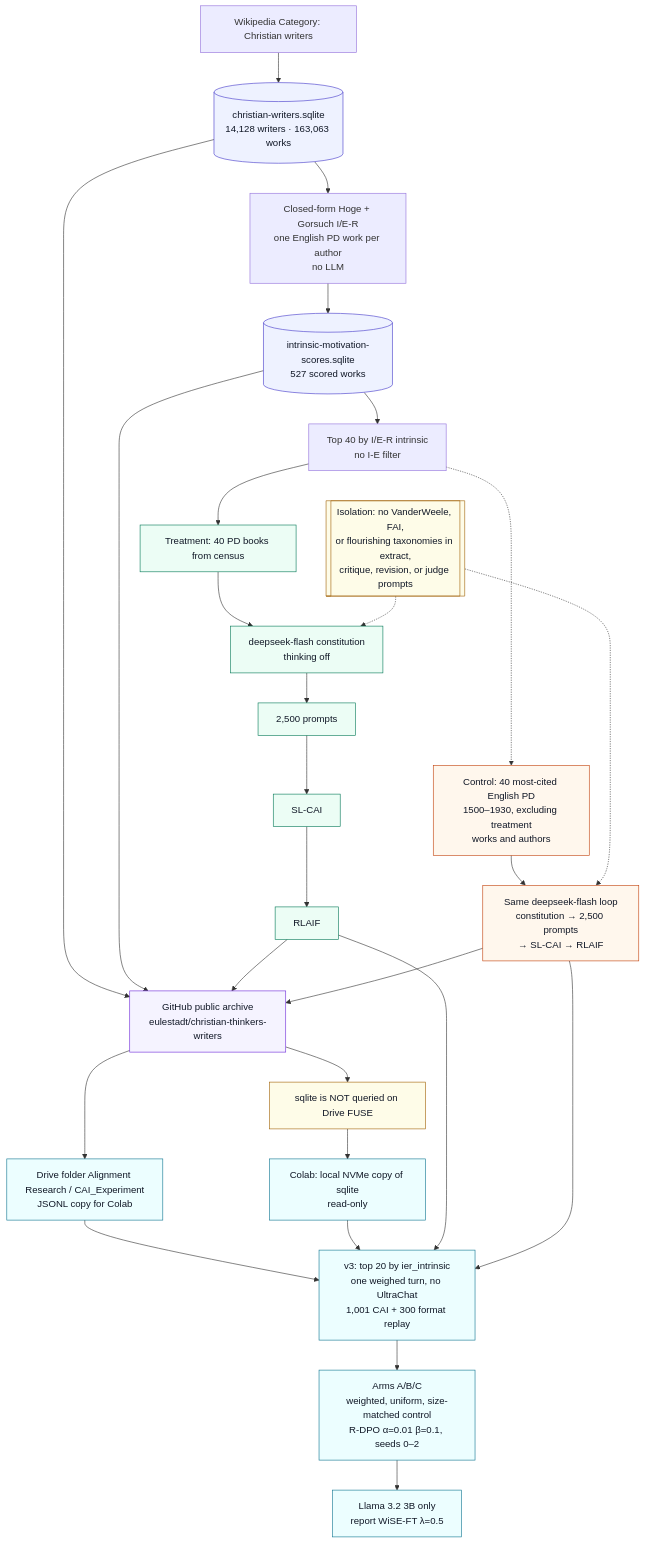
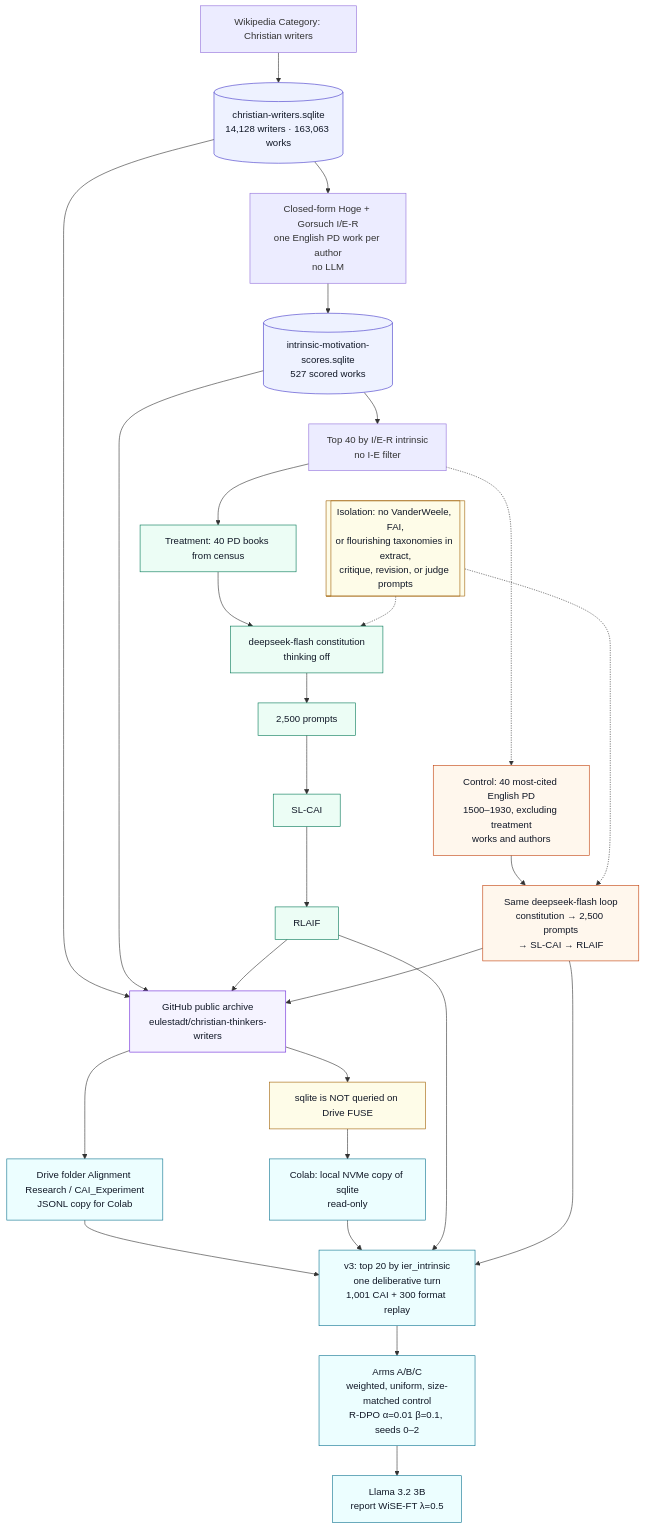
Before and after one commit to eulestadt/christian-thinkers-writers: the diagram in docs/pipeline-flowchart.mmd, drawn with Mermaid. The commit also changed 24 other files, not shown here.

```diff
--- a/docs/pipeline-flowchart.mmd
+++ b/docs/pipeline-flowchart.mmd
@@ -1,58 +1,58 @@
 flowchart TB
   WP["Wikipedia Category: Christian writers"]
   CDB[("christian-writers.sqlite<br/>14,128 writers · 163,063 works")]
   SC["Closed-form Hoge + Gorsuch I/E-R<br/>one English PD work per author<br/>no LLM"]
   SDB[("intrinsic-motivation-scores.sqlite<br/>527 scored works")]
   T40["Top 40 by I/E-R intrinsic<br/>no I-E filter"]
 
   WP --> CDB --> SC --> SDB --> T40
 
   ISO[["Isolation: no VanderWeele, FAI,<br/>or flourishing taxonomies in extract,<br/>critique, revision, or judge prompts"]]
 
   TB["Treatment: 40 PD books from census"]
   TC["deepseek-flash constitution<br/>thinking off"]
   TP["2,500 prompts"]
   TSL["SL-CAI"]
   TRL["RLAIF"]
   T40 --> TB --> TC --> TP --> TSL --> TRL
   ISO -.-> TC
 
   CB["Control: 40 most-cited English PD<br/>1500–1930, excluding treatment<br/>works and authors"]
   CC["Same deepseek-flash loop<br/>constitution → 2,500 prompts<br/>→ SL-CAI → RLAIF"]
   T40 -.-> CB --> CC
   ISO -.-> CC
 
   GH["GitHub public archive<br/>eulestadt/christian-thinkers-writers"]
   CDB --> GH
   SDB --> GH
   TRL --> GH
   CC --> GH
 
   JL["Drive folder Alignment Research / CAI_Experiment<br/>JSONL copy for Colab"]
   NF["sqlite is NOT queried on Drive FUSE"]
   GH --> JL
   GH --> NF
 
   NV["Colab: local NVMe copy of sqlite<br/>read-only"]
-  V3["v3: top 20 by ier_intrinsic<br/>one weighed turn, no UltraChat<br/>1,001 CAI + 300 format replay"]
+  V3["v3: top 20 by ier_intrinsic<br/>one deliberative turn<br/>1,001 CAI + 300 format replay"]
   ARMS["Arms A/B/C<br/>weighted, uniform, size-matched control<br/>R-DPO α=0.01 β=0.1, seeds 0–2"]
-  L3["Llama 3.2 3B only<br/>report WiSE-FT λ=0.5"]
+  L3["Llama 3.2 3B<br/>report WiSE-FT λ=0.5"]
   NF --> NV
   JL --> V3
   NV --> V3
   TRL --> V3
   CC --> V3
   V3 --> ARMS --> L3
 
   classDef db fill:#eef2ff,stroke:#4338ca,color:#111827
   classDef treat fill:#ecfdf5,stroke:#047857,color:#111827
   classDef ctrl fill:#fff7ed,stroke:#c2410c,color:#111827
   classDef iso fill:#fefce8,stroke:#a16207,color:#111827
   classDef gh fill:#f5f3ff,stroke:#6d28d9,color:#111827
   classDef col fill:#ecfeff,stroke:#0e7490,color:#111827
   class CDB,SDB db
   class TB,TC,TP,TSL,TRL treat
   class CB,CC ctrl
   class ISO,NF iso
   class GH gh
   class JL,NV,V3,ARMS,L3 col
```
